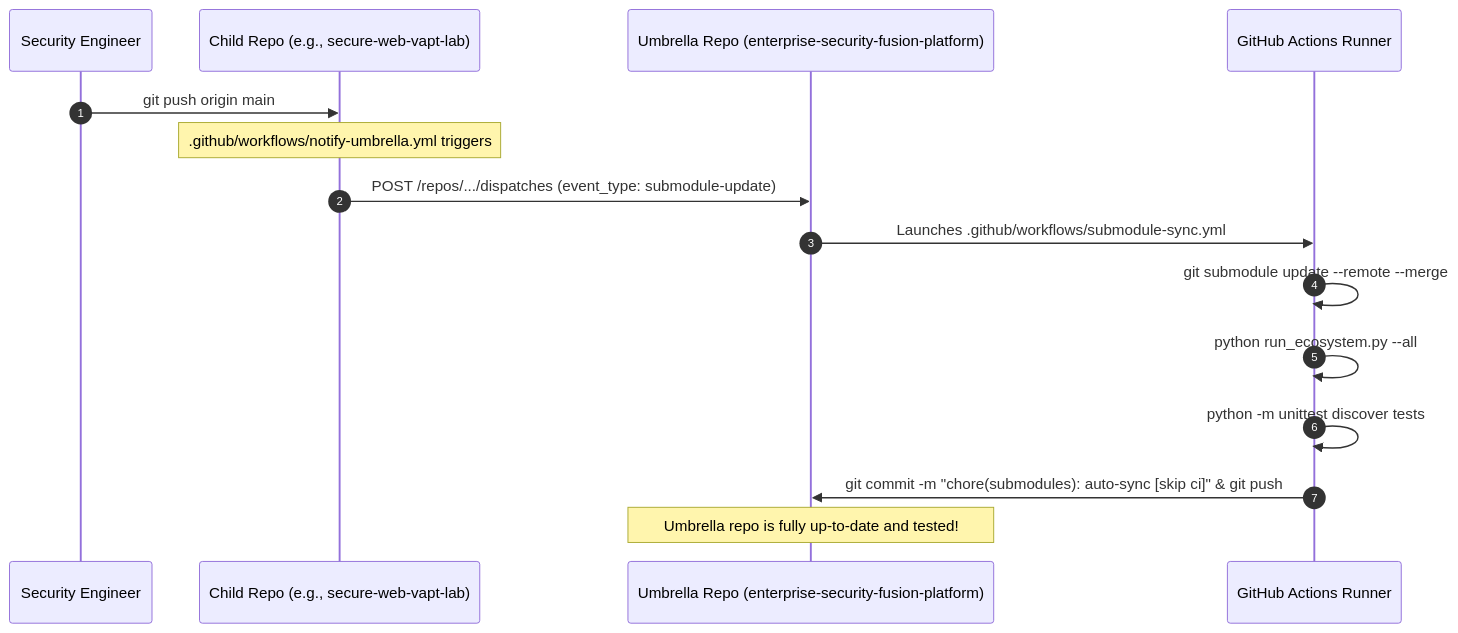
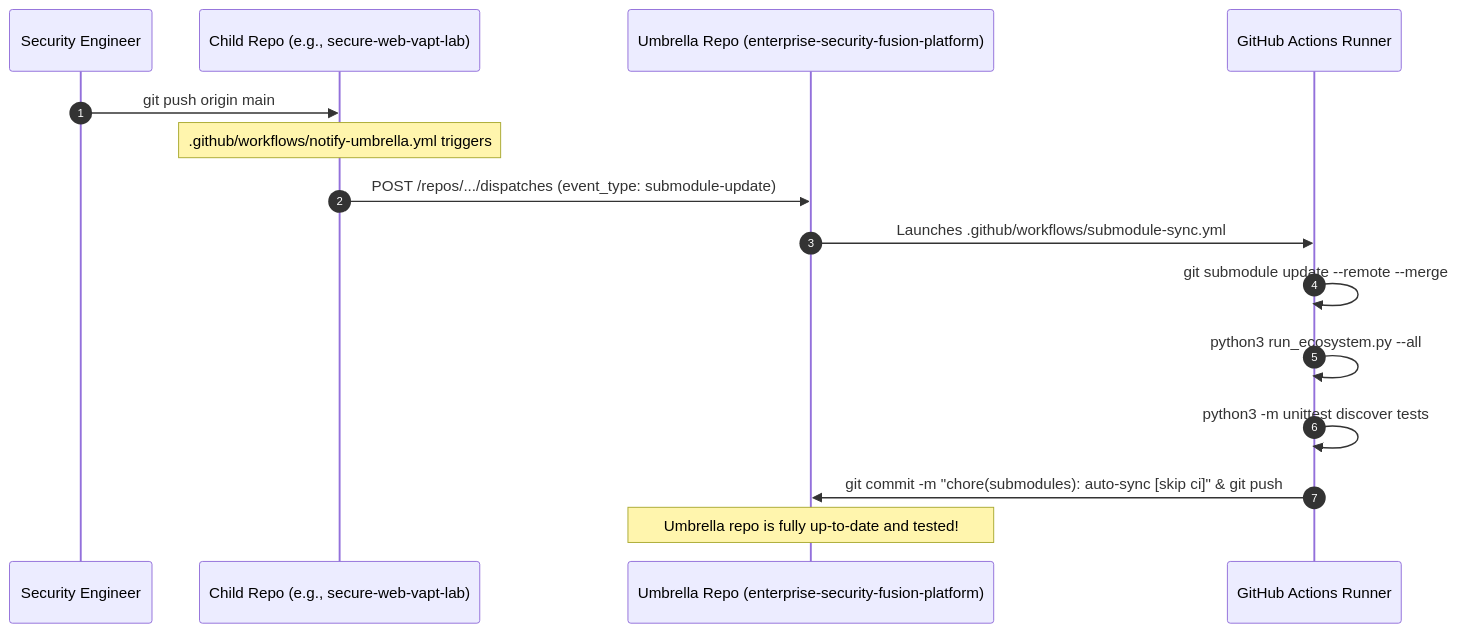
Before and after one commit to usman-masthan/enterprise-security-fusion-platform: the second of 2 diagrams in README.md, drawn with Mermaid. The commit also changed other lines of this file, not shown here.

Commit message:
docs: polish README with live CI badges, token instructions, and diagram rendering

````diff
--- a/README.md
+++ b/README.md
@@ -98,18 +99,18 @@
 ```mermaid
 sequenceDiagram
     autonumber
     participant DEV as Security Engineer
     participant SUB as Child Repo (e.g., secure-web-vapt-lab)
     participant UMB as Umbrella Repo (enterprise-security-fusion-platform)
     participant CI as GitHub Actions Runner
 
     DEV->>SUB: git push origin main
     Note over SUB: .github/workflows/notify-umbrella.yml triggers
     SUB->>UMB: POST /repos/.../dispatches (event_type: submodule-update)
     UMB->>CI: Launches .github/workflows/submodule-sync.yml
     CI->>CI: git submodule update --remote --merge
-    CI->>CI: python run_ecosystem.py --all
-    CI->>CI: python -m unittest discover tests
+    CI->>CI: python3 run_ecosystem.py --all
+    CI->>CI: python3 -m unittest discover tests
     CI->>UMB: git commit -m "chore(submodules): auto-sync [skip ci]" & git push
     Note over UMB: Umbrella repo is fully up-to-date and tested!
 ```
````
